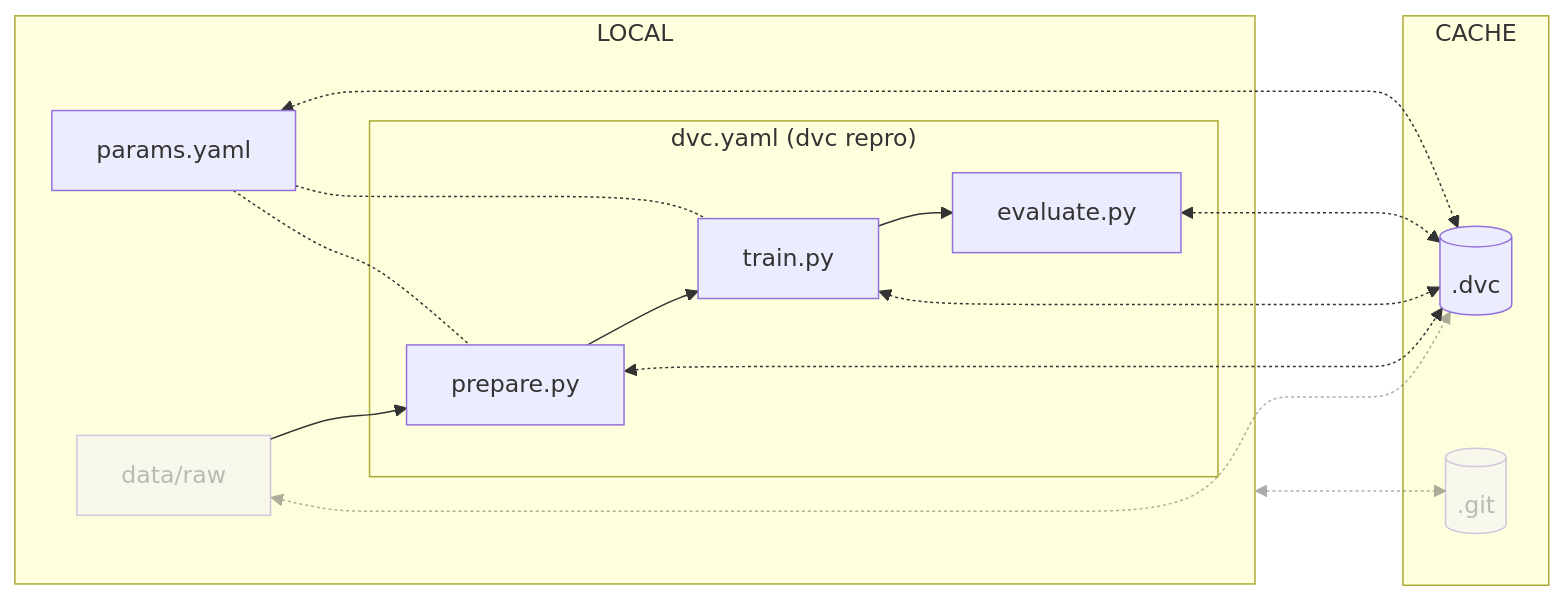
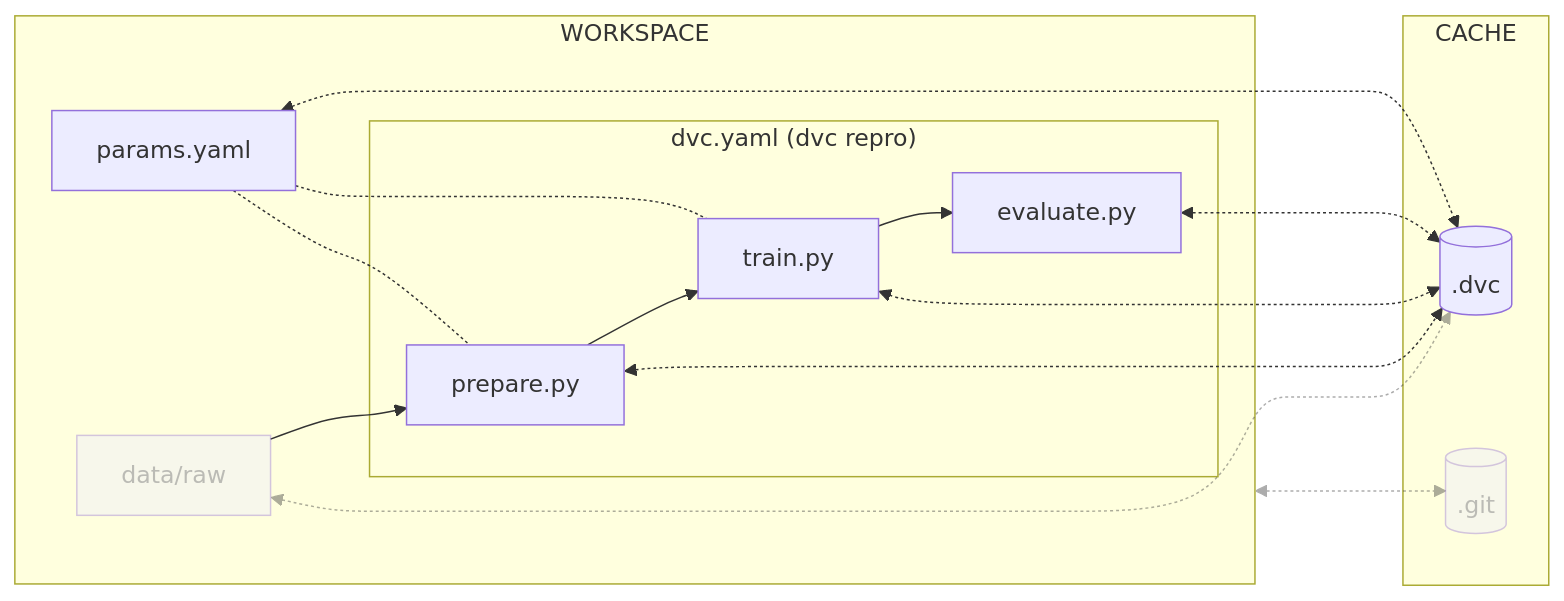
The diagram in docs/part-1-local-training-and-model-evaluation/chapter-4-reproduce-the-ml-experiment-with-dvc/index.md (swiss-ai-center/a-guide-to-mlops), drawn with Mermaid before and after one commit. The commit also changed 19 other files, not shown here.

````diff
--- a/docs/part-1-local-training-and-model-evaluation/chapter-4-reproduce-the-ml-experiment-with-dvc/index.md
+++ b/docs/part-1-local-training-and-model-evaluation/chapter-4-reproduce-the-ml-experiment-with-dvc/index.md
@@ -36,28 +36,28 @@
 ```mermaid
 flowchart LR
     dot_dvc[(.dvc)]
     dot_git[(.git)]
     data[data/raw] <-.-> dot_dvc
-    localGraph <-....-> dot_git
+    workspaceGraph <-....-> dot_git
     subgraph cacheGraph[CACHE]
         dot_dvc
         dot_git
     end
-    subgraph localGraph[LOCAL]
+    subgraph workspaceGraph[WORKSPACE]
         prepare[prepare.py] <-.-> dot_dvc
         train[train.py] <-.-> dot_dvc
         evaluate[evaluate.py] <-.-> dot_dvc
         data --> prepare
         subgraph dvcGraph["dvc.yaml (dvc repro)"]
             prepare --> train
             train --> evaluate
         end
         params[params.yaml] -.- prepare
         params -.- train
         params <-.-> dot_dvc
     end
     style dot_git opacity:0.4,color:#7f7f7f80
     style data opacity:0.4,color:#7f7f7f80
     linkStyle 0 opacity:0.4,color:#7f7f7f80
     linkStyle 1 opacity:0.4,color:#7f7f7f80
 ```
````
